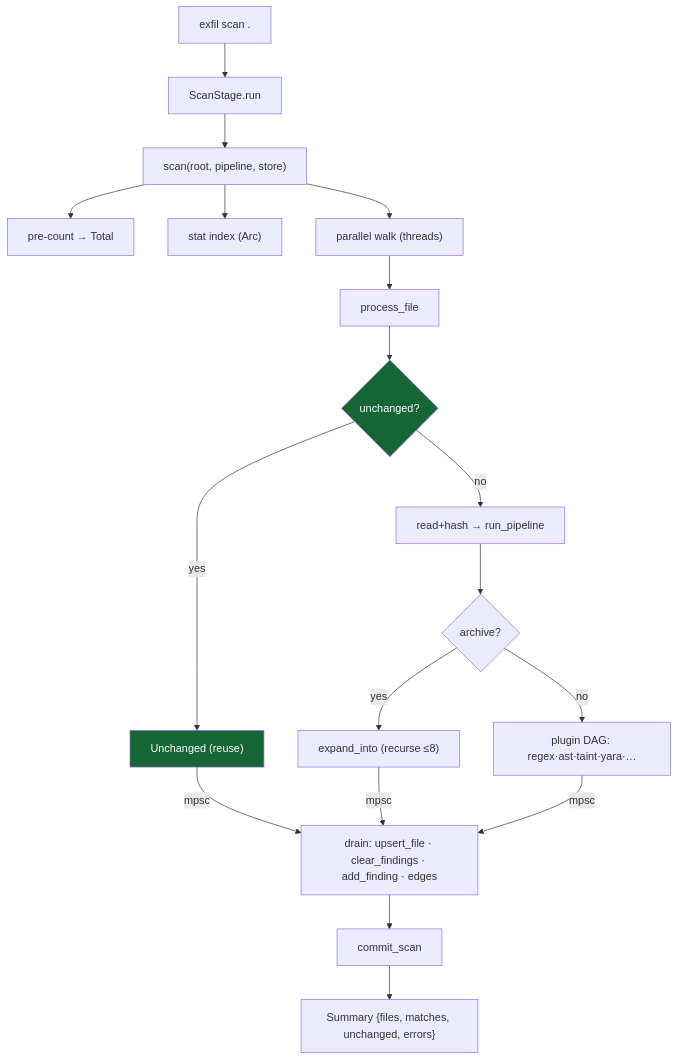
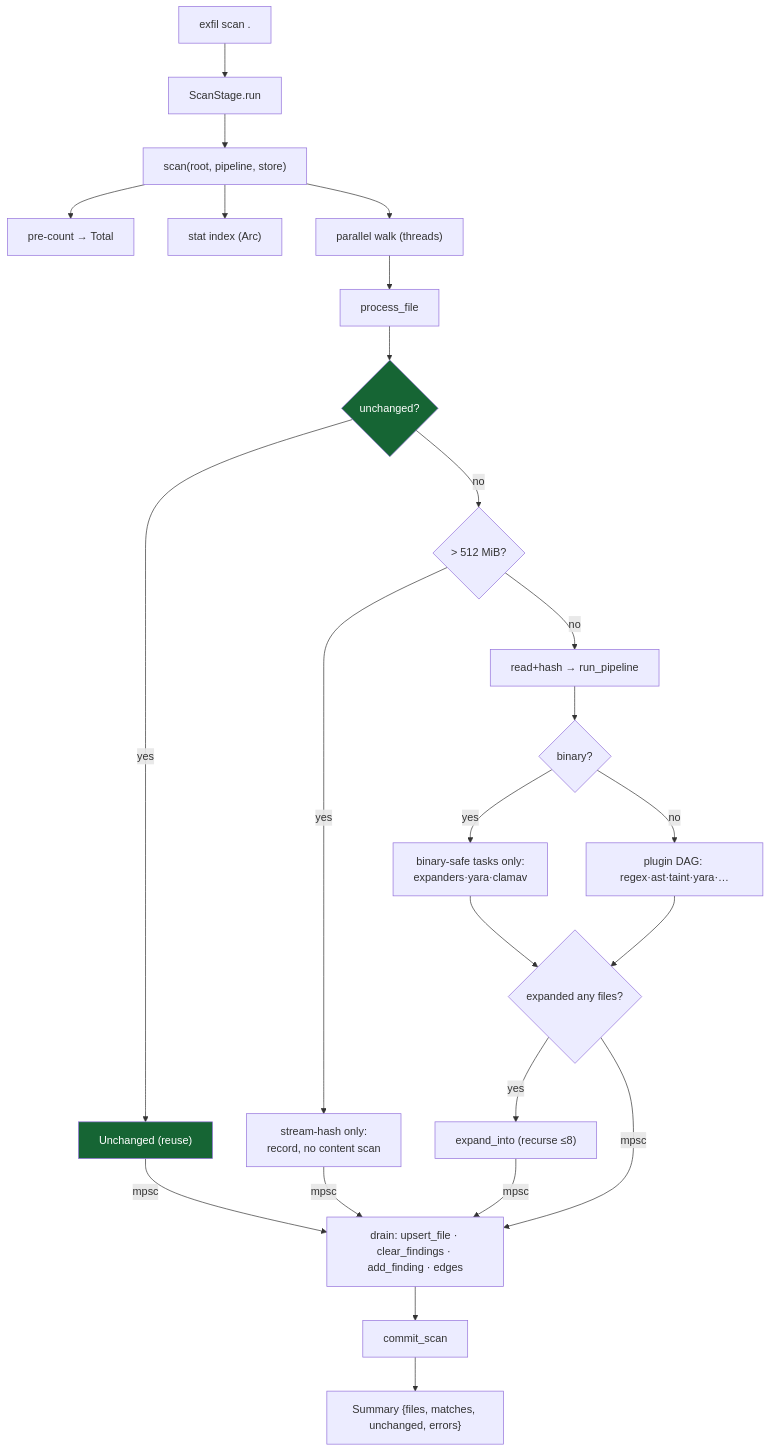
Diagram 12 of 12 in docs/src/architecture/engine.md (rangertaha/exfil), drawn with Mermaid before and after one commit. The commit also changed other lines of this file and 45 other files, not shown here.

````diff
--- a/docs/src/architecture/engine.md
+++ b/docs/src/architecture/engine.md
@@ -494,21 +525,25 @@
 ```mermaid
 flowchart TD
     CLI["exfil scan ."] --> STAGE["ScanStage.run"]
     STAGE --> SCAN["scan(root, pipeline, store)"]
     SCAN --> COUNT["pre-count → Total"]
     SCAN --> IDX["stat index (Arc)"]
     SCAN --> WALK["parallel walk (threads)"]
     WALK --> PF["process_file"]
     PF --> FAST{"unchanged?"}
     FAST -->|yes| U["Unchanged (reuse)"]
-    FAST -->|no| RP["read+hash → run_pipeline"]
-    RP --> ARCHQ{"archive?"}
-    ARCHQ -->|yes| EXP["expand_into (recurse ≤8)"]
-    ARCHQ -->|no| DAG["plugin DAG: regex·ast·taint·yara·…"]
-    U & EXP & DAG -->|mpsc| DRAIN["drain: upsert_file · clear_findings · add_finding · edges"]
+    FAST -->|no| SZ{"> 512 MiB?"}
+    SZ -->|yes| BIG["stream-hash only:<br/>record, no content scan"]
+    SZ -->|no| RP["read+hash → run_pipeline"]
+    RP --> BINQ{"binary?"}
+    BINQ -->|yes| BDAG["binary-safe tasks only:<br/>expanders·yara·clamav"]
+    BINQ -->|no| DAG["plugin DAG: regex·ast·taint·yara·…"]
+    BDAG & DAG --> EXPQ{"expanded any files?"}
+    EXPQ -->|yes| EXP["expand_into (recurse ≤8)"]
+    U & BIG & EXP & EXPQ -->|mpsc| DRAIN["drain: upsert_file · clear_findings · add_finding · edges"]
     DRAIN --> COMMIT["commit_scan"]
     COMMIT --> SUM["Summary {files, matches, unchanged, errors}"]
 
     classDef hot fill:#166534,color:#fff
     class FAST,U hot
 ```
````
